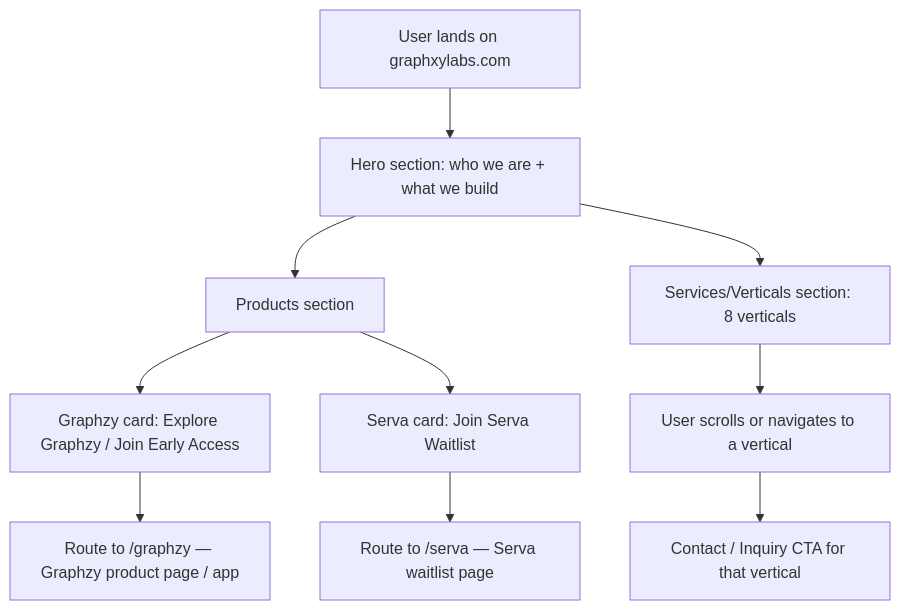
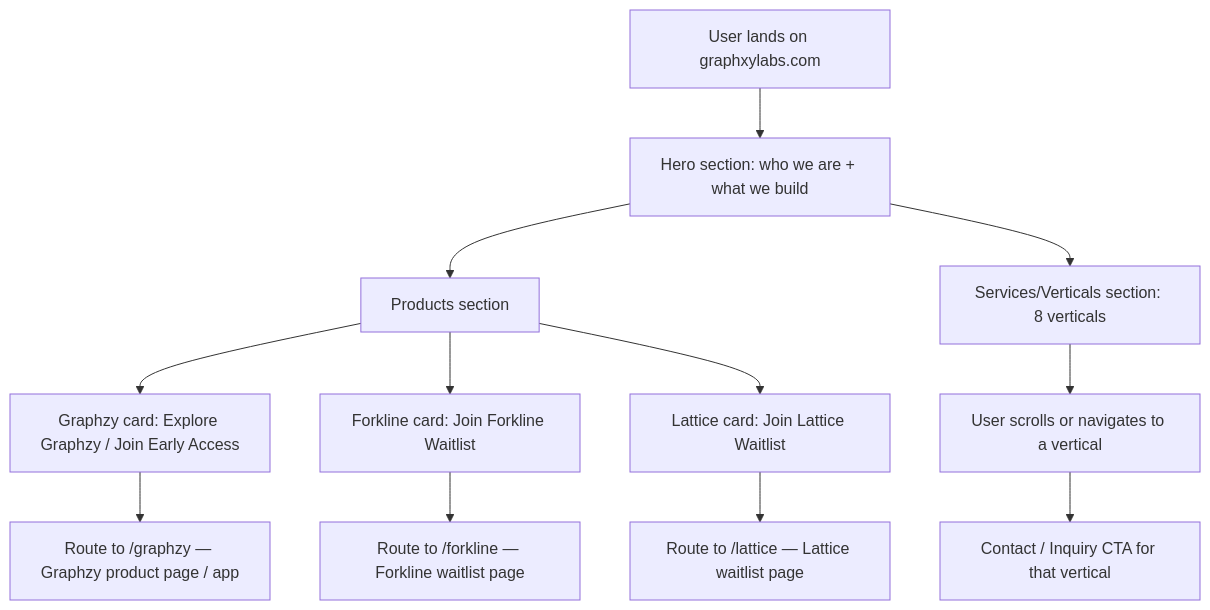
One commit to himanshusalve16/Graphxy-Labs-Landing-Page changed the fifth of 6 diagrams in Docs/03_User_Flow_Document.md. Above: the diagram before and after it, drawn with Mermaid. The commit also changed 53 other files, not shown here.

````diff
--- a/Docs/03_User_Flow_Document.md
+++ b/Docs/03_User_Flow_Document.md
@@ -93,12 +93,14 @@
 ```mermaid
 flowchart TD
     A[User lands on graphxylabs.com] --> B[Hero section: who we are + what we build]
     B --> C[Products section]
     C --> D[Graphzy card: Explore Graphzy / Join Early Access]
-    C --> E[Serva card: Join Serva Waitlist]
+    C --> E[Forkline card: Join Forkline Waitlist]
+    C --> E2[Lattice card: Join Lattice Waitlist]
     D --> F[Route to /graphzy — Graphzy product page / app]
-    E --> G[Route to /serva — Serva waitlist page]
+    E --> G[Route to /forkline — Forkline waitlist page]
+    E2 --> G2[Route to /lattice — Lattice waitlist page]
     B --> H[Services/Verticals section: 8 verticals]
     H --> I[User scrolls or navigates to a vertical]
     I --> J[Contact / Inquiry CTA for that vertical]
 ```
````
